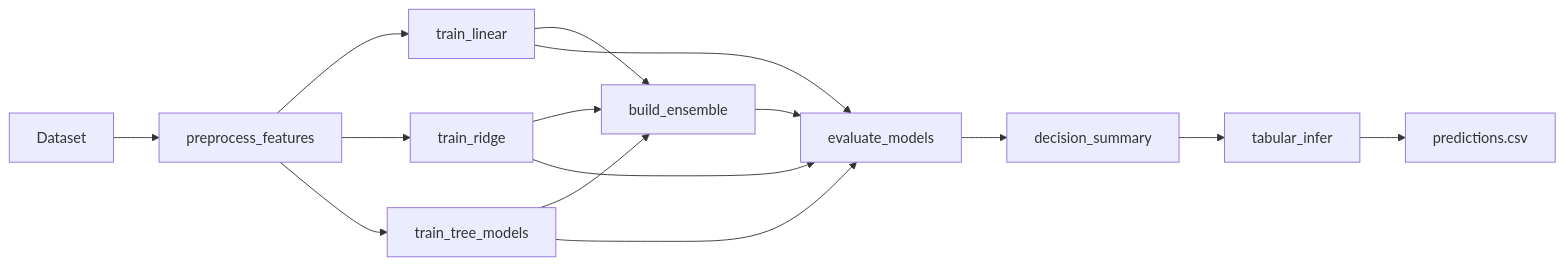
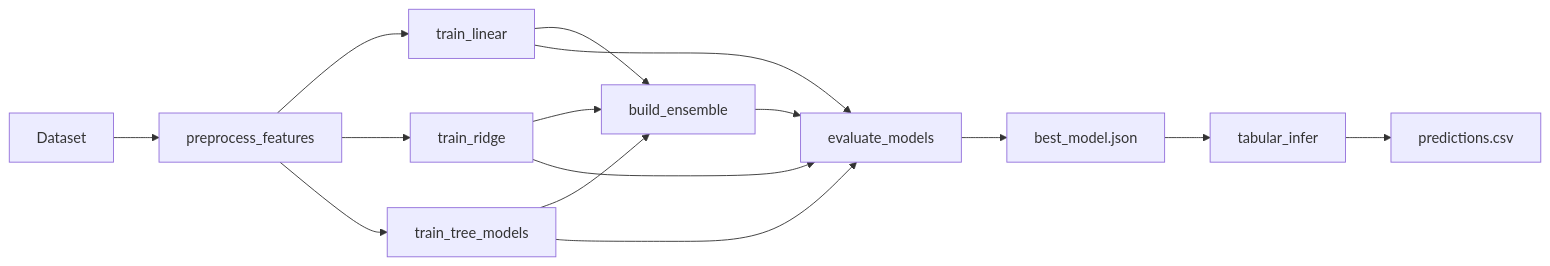
The first of 2 diagrams in docs/ml_platform_mkdocs/docs/index.md (dkawa2523/ml_platform), drawn with Mermaid before and after one commit. The commit also changed 28 other files, not shown here.

````diff
--- a/docs/ml_platform_mkdocs/docs/index.md
+++ b/docs/ml_platform_mkdocs/docs/index.md
@@ -24,17 +24,17 @@
 ```mermaid
 graph LR
   A[Dataset] --> B[preprocess_features]
   B --> C1[train_linear]
   B --> C2[train_ridge]
   B --> C3[train_tree_models]
   C1 --> D[build_ensemble]
   C2 --> D
   C3 --> D
   C1 --> E[evaluate_models]
   C2 --> E
   C3 --> E
   D --> E
-  E --> F[decision_summary]
+  E --> F[best_model.json]
   F --> G[tabular_infer]
   G --> H[predictions.csv]
 ```
````
